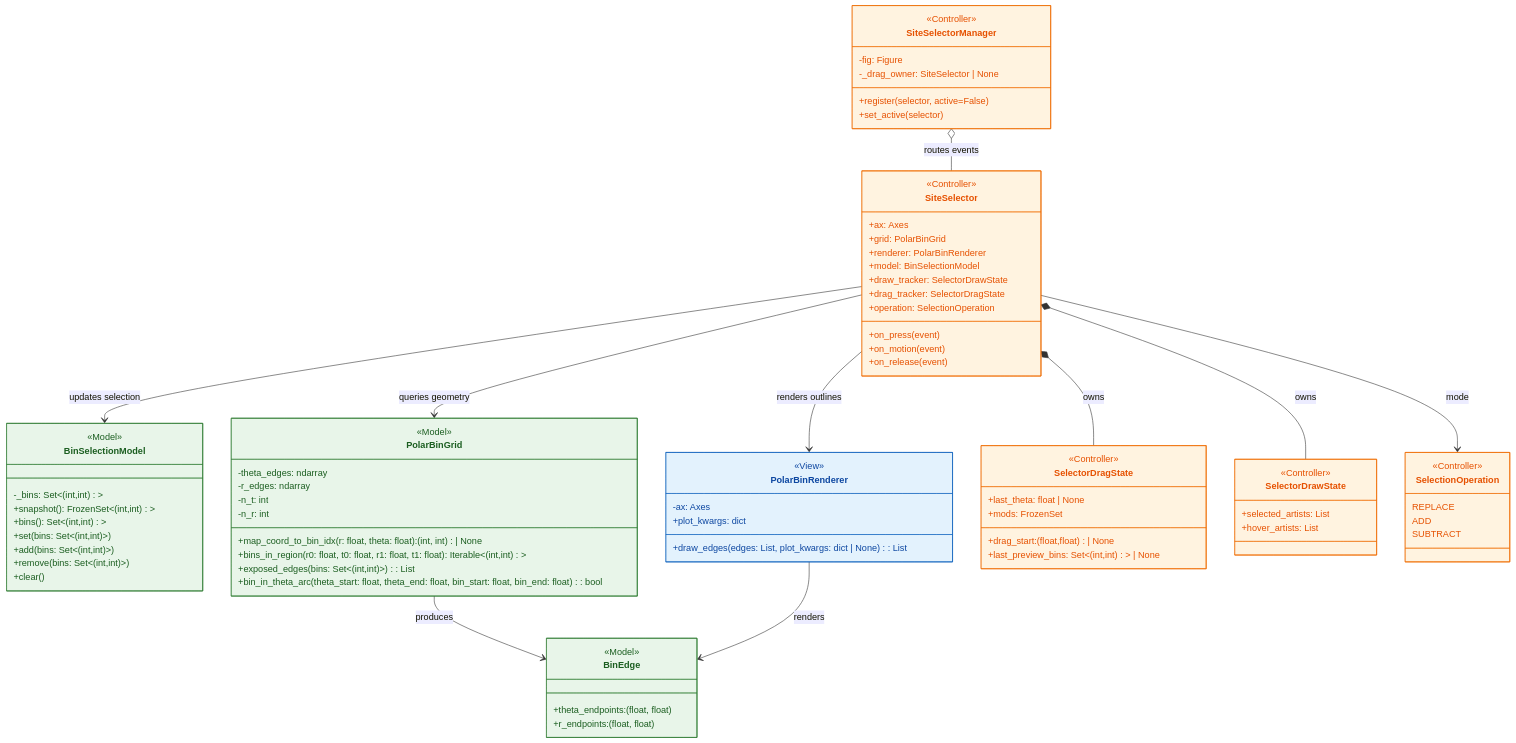
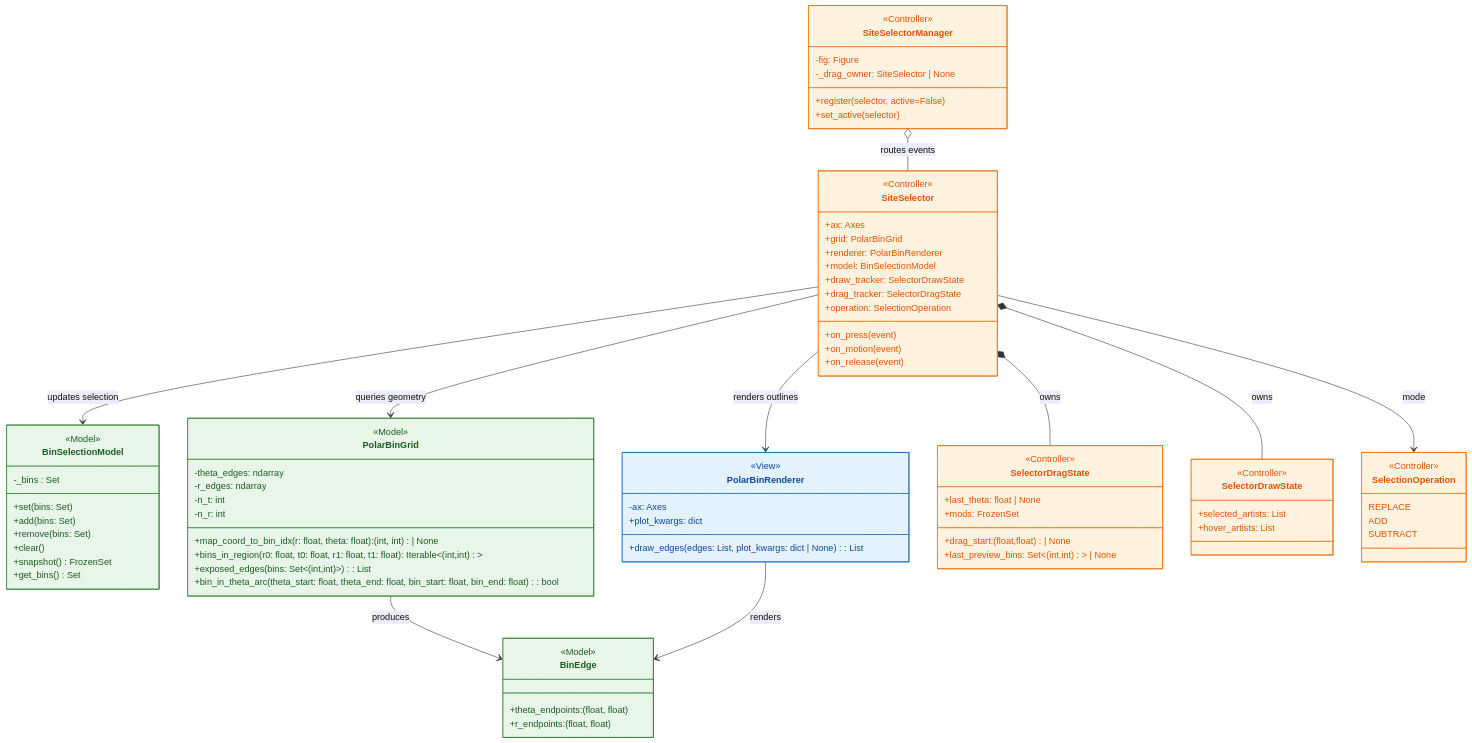
Before and after one commit to BranniganLab/density_threshold_affinity: the first of 2 diagrams in python/README.md, drawn with Mermaid.

Commit message:
Update type annotations in BinSelectionModel
Refactor BinSelectionModel to simplify type annotations.

```diff
--- a/python/README.md
+++ b/python/README.md
@@ -74,13 +74,13 @@
 %% Model
 %% =========================
 class BinSelectionModel {
-    -_bins: Set<(int,int)>
-    +snapshot(): FrozenSet<(int,int)>
-    +bins(): Set<(int,int)>
-    +set(bins: Set<(int,int)>)
-    +add(bins: Set<(int,int)>)
-    +remove(bins: Set<(int,int)>)
+    -_bins : Set
+    +set(bins: Set)
+    +add(bins: Set)
+    +remove(bins: Set)
     +clear()
+    +snapshot() FrozenSet
+    +get_bins() Set
 }
 
 class PolarBinGrid {
```
